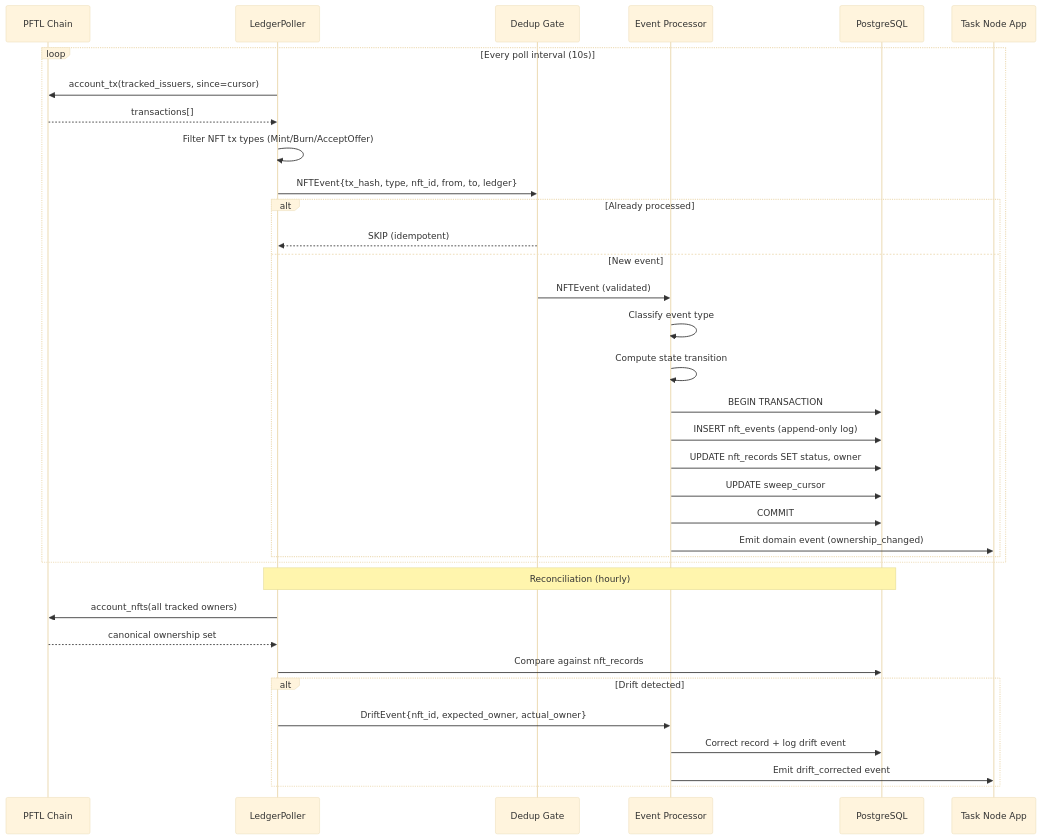
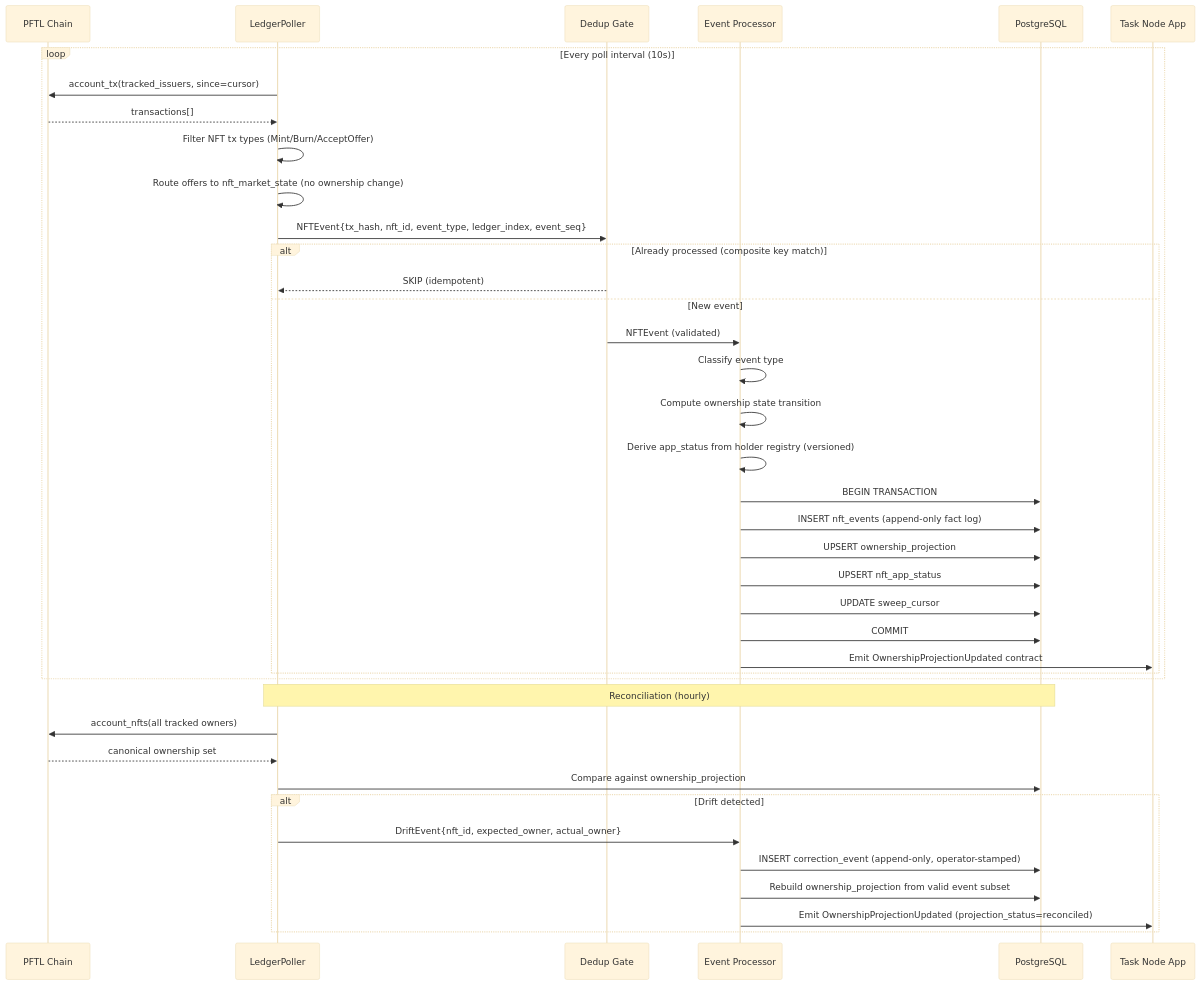
One commit to P-U-C/pft-validator changed the first of 2 diagrams in alpha/nft-sweeper-architecture.md. Above: the diagram before and after it, drawn with Mermaid (base theme). The commit also changed other lines of this file, not shown here.

Commit message:
NFT Sweeper v1.1: truth model, Task Node contract, confidence ladder, holder versioning, adversarial analysis, operational SLOs

````diff
--- a/alpha/nft-sweeper-architecture.md
+++ b/alpha/nft-sweeper-architecture.md
@@ -88,40 +119,44 @@
 ```mermaid
 sequenceDiagram
     participant Chain as PFTL Chain
     participant Poller as LedgerPoller
     participant Dedup as Dedup Gate
     participant Proc as Event Processor
     participant DB as PostgreSQL
     participant App as Task Node App
 
     loop Every poll interval (10s)
         Poller->>Chain: account_tx(tracked_issuers, since=cursor)
         Chain-->>Poller: transactions[]
         Poller->>Poller: Filter NFT tx types (Mint/Burn/AcceptOffer)
-        Poller->>Dedup: NFTEvent{tx_hash, type, nft_id, from, to, ledger}
-        
-        alt Already processed
+        Poller->>Poller: Route offers to nft_market_state (no ownership change)
+        Poller->>Dedup: NFTEvent{tx_hash, nft_id, event_type, ledger_index, event_seq}
+
+        alt Already processed (composite key match)
             Dedup-->>Poller: SKIP (idempotent)
         else New event
             Dedup->>Proc: NFTEvent (validated)
             Proc->>Proc: Classify event type
-            Proc->>Proc: Compute state transition
+            Proc->>Proc: Compute ownership state transition
+            Proc->>Proc: Derive app_status from holder registry (versioned)
             Proc->>DB: BEGIN TRANSACTION
-            Proc->>DB: INSERT nft_events (append-only log)
-            Proc->>DB: UPDATE nft_records SET status, owner
+            Proc->>DB: INSERT nft_events (append-only fact log)
+            Proc->>DB: UPSERT ownership_projection
+            Proc->>DB: UPSERT nft_app_status
             Proc->>DB: UPDATE sweep_cursor
             Proc->>DB: COMMIT
-            Proc->>App: Emit domain event (ownership_changed)
+            Proc->>App: Emit OwnershipProjectionUpdated contract
         end
     end
 
     Note over Poller,DB: Reconciliation (hourly)
     Poller->>Chain: account_nfts(all tracked owners)
     Chain-->>Poller: canonical ownership set
-    Poller->>DB: Compare against nft_records
+    Poller->>DB: Compare against ownership_projection
     alt Drift detected
         Poller->>Proc: DriftEvent{nft_id, expected_owner, actual_owner}
-        Proc->>DB: Correct record + log drift event
-        Proc->>App: Emit drift_corrected event
+        Proc->>DB: INSERT correction_event (append-only, operator-stamped)
+        Proc->>DB: Rebuild ownership_projection from valid event subset
+        Proc->>App: Emit OwnershipProjectionUpdated (projection_status=reconciled)
     end
 ```
````
